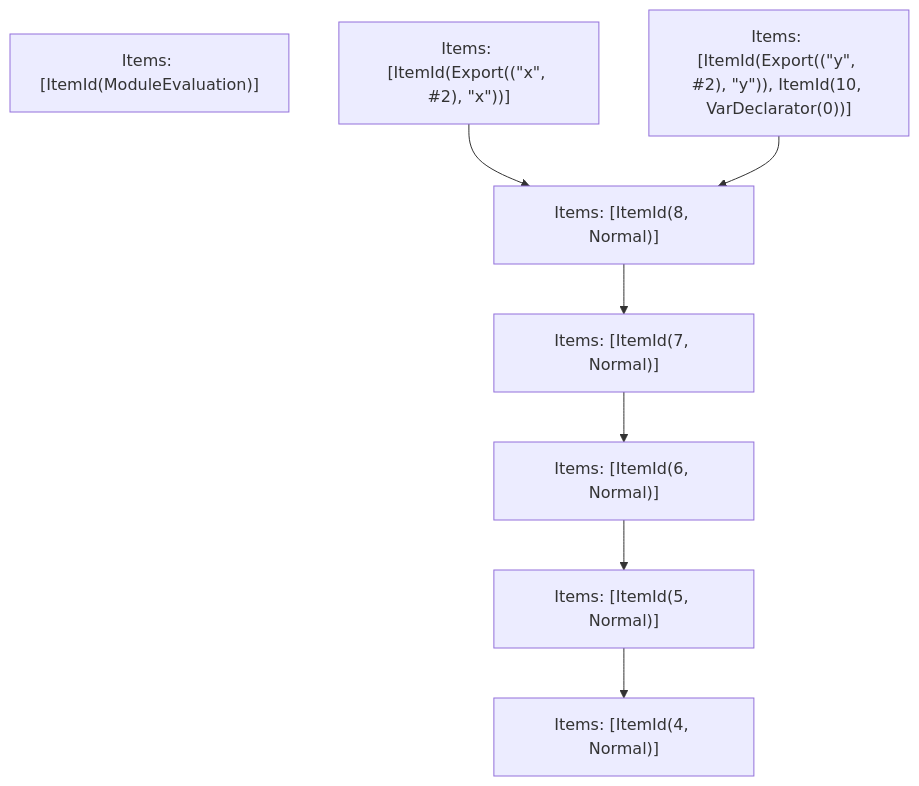
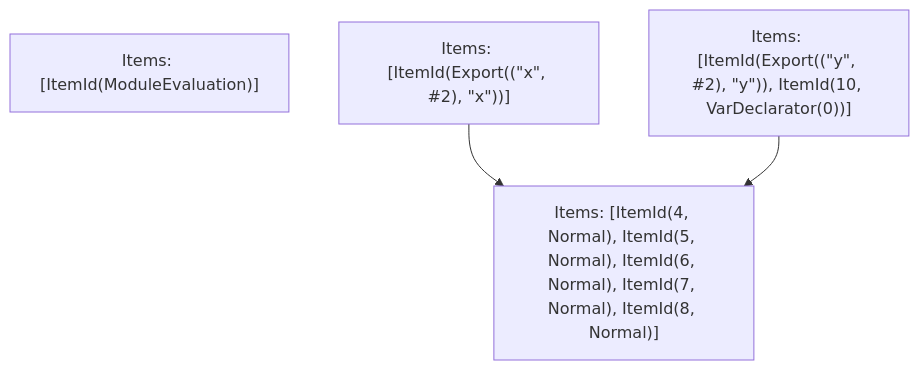
Before and after one commit to vercel/turborepo: the fifth of 5 diagrams in crates/turbopack-ecmascript/tests/tree-shaker/analyzer/grouping/output.md, drawn with Mermaid. The commit also changed other lines of this file and 38 other files, not shown here.

````diff
--- a/crates/turbopack-ecmascript/tests/tree-shaker/analyzer/grouping/output.md
+++ b/crates/turbopack-ecmascript/tests/tree-shaker/analyzer/grouping/output.md
@@ -200,17 +200,9 @@
 ```mermaid
 graph TD
     N0["Items: [ItemId(ModuleEvaluation)]"];
     N1["Items: [ItemId(Export((&quot;x&quot;, #2), &quot;x&quot;))]"];
     N2["Items: [ItemId(Export((&quot;y&quot;, #2), &quot;y&quot;)), ItemId(10, VarDeclarator(0))]"];
-    N3["Items: [ItemId(4, Normal)]"];
-    N4["Items: [ItemId(5, Normal)]"];
-    N5["Items: [ItemId(6, Normal)]"];
-    N6["Items: [ItemId(7, Normal)]"];
-    N7["Items: [ItemId(8, Normal)]"];
-    N1 --> N7;
-    N2 --> N7;
-    N4 --> N3;
-    N5 --> N4;
-    N6 --> N5;
-    N7 --> N6;
+    N3["Items: [ItemId(4, Normal), ItemId(5, Normal), ItemId(6, Normal), ItemId(7, Normal), ItemId(8, Normal)]"];
+    N1 --> N3;
+    N2 --> N3;
 ```
````
